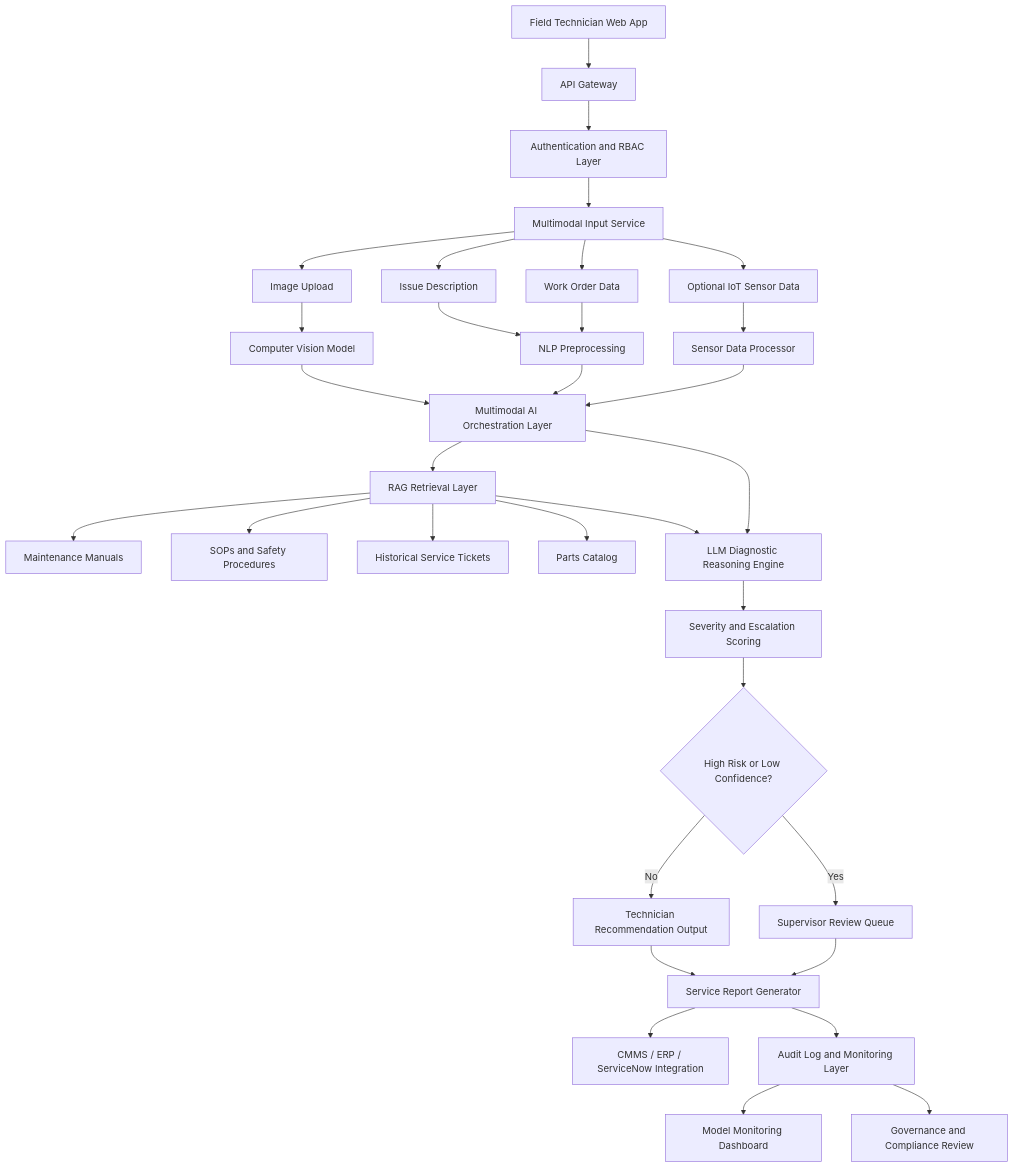
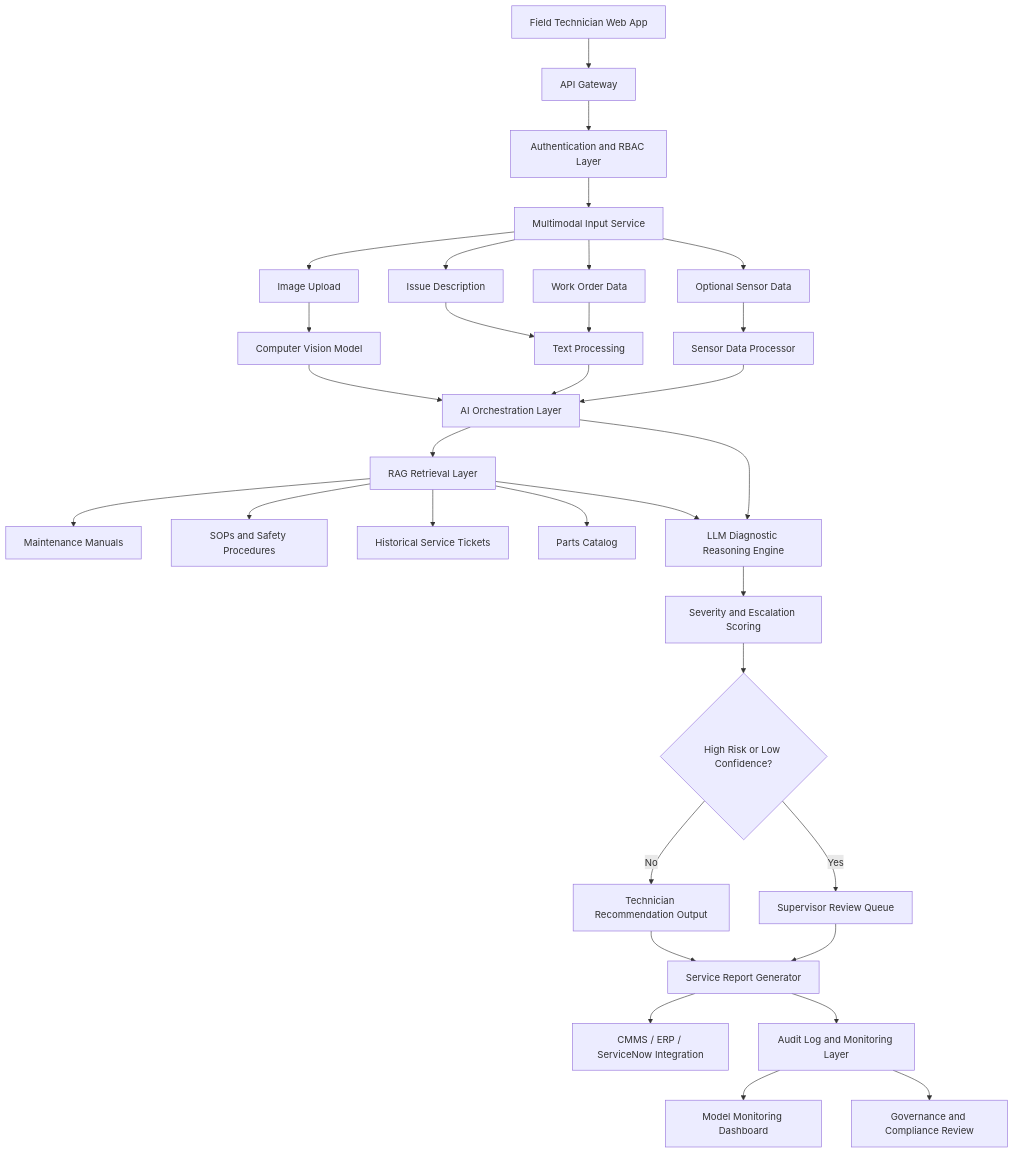
Before and after one commit to DougMoore123/Cognitops-AI: the diagram in README.md, drawn with Mermaid. The commit also changed other lines of this file, not shown here.

````diff
--- a/README.md
+++ b/README.md
@@ -166,44 +91,44 @@
 ```mermaid
 flowchart TB
     A[Field Technician Web App] --> B[API Gateway]
     B --> C[Authentication and RBAC Layer]
 
     C --> D[Multimodal Input Service]
     D --> D1[Image Upload]
     D --> D2[Issue Description]
     D --> D3[Work Order Data]
-    D --> D4[Optional IoT Sensor Data]
+    D --> D4[Optional Sensor Data]
 
     D1 --> E[Computer Vision Model]
-    D2 --> F[NLP Preprocessing]
+    D2 --> F[Text Processing]
     D3 --> F
     D4 --> G[Sensor Data Processor]
 
-    E --> H[Multimodal AI Orchestration Layer]
+    E --> H[AI Orchestration Layer]
     F --> H
     G --> H
 
     H --> I[RAG Retrieval Layer]
     I --> I1[Maintenance Manuals]
     I --> I2[SOPs and Safety Procedures]
     I --> I3[Historical Service Tickets]
     I --> I4[Parts Catalog]
 
     I --> J[LLM Diagnostic Reasoning Engine]
     H --> J
 
     J --> K[Severity and Escalation Scoring]
     K --> L{High Risk or Low Confidence?}
 
     L -- No --> M[Technician Recommendation Output]
     L -- Yes --> N[Supervisor Review Queue]
 
     M --> O[Service Report Generator]
     N --> O
 
     O --> P[CMMS / ERP / ServiceNow Integration]
     O --> Q[Audit Log and Monitoring Layer]
 
     Q --> R[Model Monitoring Dashboard]
     Q --> S[Governance and Compliance Review]
 ```
````
